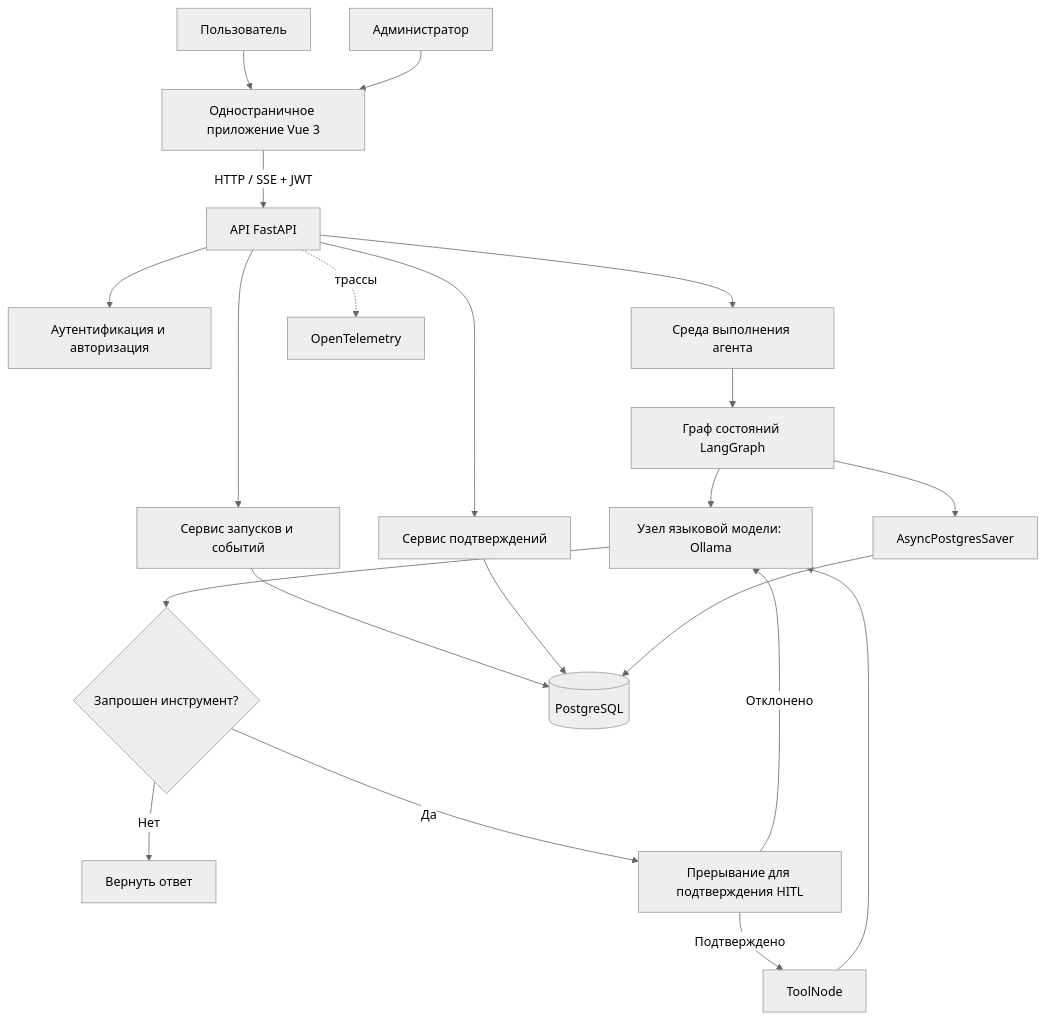
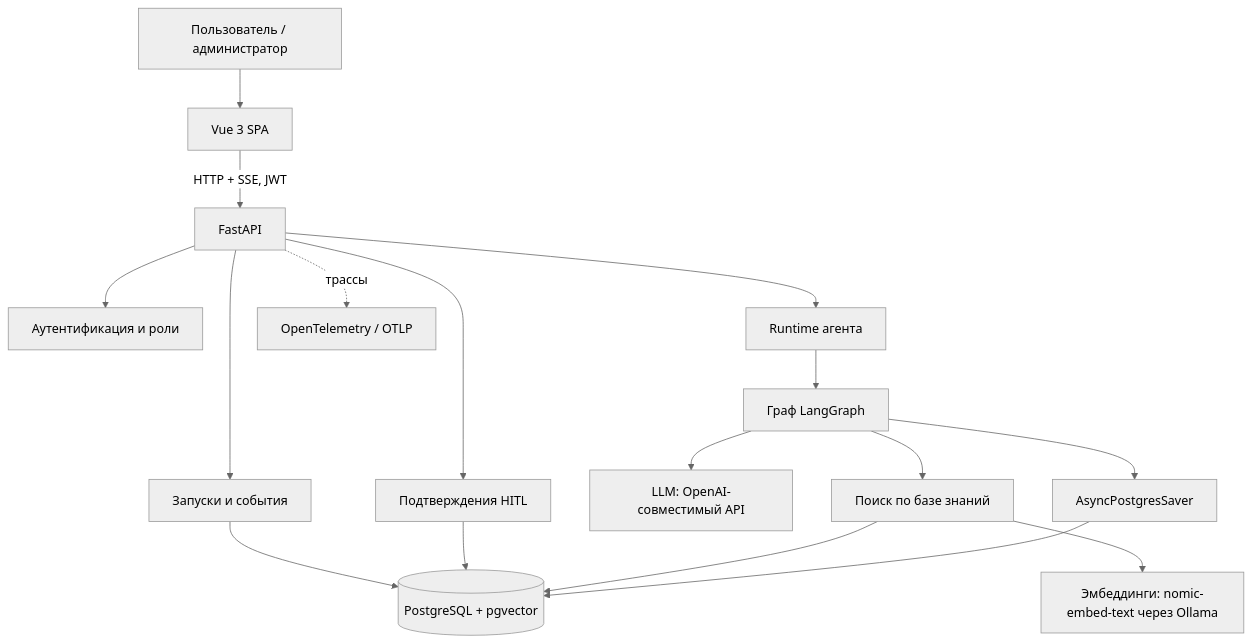
One commit to AlekseyFedorov27/agent changed the first of 3 diagrams in README.md. Above: the diagram before and after it, drawn with Mermaid (neutral theme). The commit also changed other lines of this file and 5 other files, not shown here.

````diff
--- a/README.md
+++ b/README.md
@@ -51,26 +54,21 @@
-``` mermaid
+```mermaid
 flowchart TB
-    U[Пользователь] --> FE[Одностраничное приложение Vue 3]
-    A[Администратор] --> FE
-    FE -->|HTTP / SSE + JWT| API[API FastAPI]
+    U[Пользователь / администратор] --> FE[Vue 3 SPA]
+    FE -->|HTTP + SSE, JWT| API[FastAPI]
 
-    API --> AUTH[Аутентификация и авторизация]
-    API --> RUNS[Сервис запусков и событий]
-    API --> HITL[Сервис подтверждений]
-    API --> RT[Среда выполнения агента]
+    API --> AUTH[Аутентификация и роли]
+    API --> RUNS[Запуски и события]
+    API --> HITL[Подтверждения HITL]
+    API --> RT[Runtime агента]
 
-    RT --> GRAPH[Граф состояний LangGraph]
-    GRAPH --> LLM[Узел языковой модели: Ollama]
-    LLM --> ROUTE{Запрошен инструмент?}
-    ROUTE -->|Нет| END[Вернуть ответ]
-    ROUTE -->|Да| APPROVAL[Прерывание для подтверждения HITL]
-    APPROVAL -->|Подтверждено| TOOLS[ToolNode]
-    APPROVAL -->|Отклонено| LLM
-    TOOLS --> LLM
+    RT --> G[Граф LangGraph]
+    G --> LLM[LLM: OpenAI-совместимый API]
+    G --> RAG[Поиск по базе знаний]
+    RAG --> EMB[Эмбеддинги: nomic-embed-text через Ollama]
 
-    RUNS --> PG[(PostgreSQL)]
+    RUNS --> PG[(PostgreSQL + pgvector)]
     HITL --> PG
-    GRAPH --> CP[AsyncPostgresSaver]
-    CP --> PG
-    API -. трассы .-> OTEL[OpenTelemetry]
+    RAG --> PG
+    G --> CP[AsyncPostgresSaver] --> PG
+    API -. трассы .-> OTEL[OpenTelemetry / OTLP]
 ```
````
